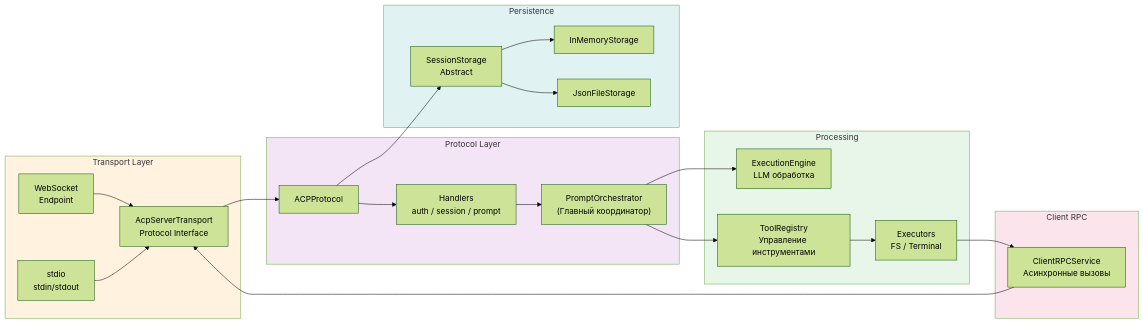
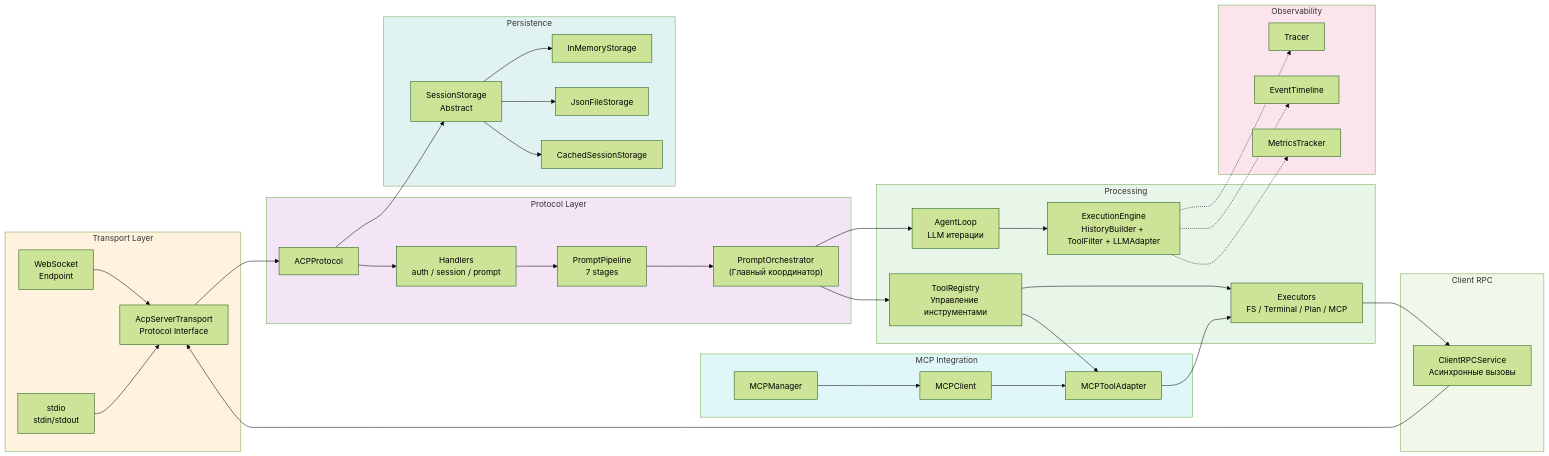
One commit to pese-git/codelab-agent changed the second of 17 diagrams in ARCHITECTURE.md. Above: the diagram before and after it, drawn with Mermaid (forest theme). The commit also changed other lines of this file and 9 other files, not shown here.

````diff
--- a/ARCHITECTURE.md
+++ b/ARCHITECTURE.md
@@ -103,51 +113,79 @@
 ```mermaid
 graph LR
     subgraph Transport["Transport Layer"]
         WS["WebSocket<br/>Endpoint"]
         STDIO["stdio<br/>stdin/stdout"]
         Base["AcpServerTransport<br/>Protocol Interface"]
     end
     
     subgraph Protocol["Protocol Layer"]
         Core["ACPProtocol"]
         Handlers["Handlers<br/>auth / session / prompt"]
+        Pipeline["PromptPipeline<br/>7 stages"]
         PromptOrch["PromptOrchestrator<br/>(Главный координатор)"]
     end
     
     subgraph Processing["Processing"]
-        Agent["ExecutionEngine<br/>LLM обработка"]
+        AgentLoop["AgentLoop<br/>LLM итерации"]
+        Engine["ExecutionEngine<br/>HistoryBuilder + ToolFilter + LLMAdapter"]
         ToolReg["ToolRegistry<br/>Управление инструментами"]
-        Executors["Executors<br/>FS / Terminal"]
+        Executors["Executors<br/>FS / Terminal / Plan / MCP"]
+    end
+    
+    subgraph MCP["MCP Integration"]
+        MCPMgr["MCPManager"]
+        MCPClient["MCPClient"]
+        MCPAdapt["MCPToolAdapter"]
     end
     
     subgraph Persistence["Persistence"]
         SessionStore["SessionStorage<br/>Abstract"]
         InMem["InMemoryStorage"]
         JsonFile["JsonFileStorage"]
+        Cached["CachedSessionStorage"]
+    end
+    
+    subgraph Observability["Observability"]
+        Tracer["Tracer"]
+        Timeline["EventTimeline"]
+        Metrics["MetricsTracker"]
     end
     
     subgraph RPC["Client RPC"]
         ClientRPCService["ClientRPCService<br/>Асинхронные вызовы"]
     end
     
     WS --> Base
     STDIO --> Base
     Base --> Core
     Core --> Handlers
-    Handlers --> PromptOrch
-    PromptOrch --> Agent
+    Handlers --> Pipeline
+    Pipeline --> PromptOrch
+    PromptOrch --> AgentLoop
+    AgentLoop --> Engine
     PromptOrch --> ToolReg
     ToolReg --> Executors
+    ToolReg --> MCPAdapt
+    MCPMgr --> MCPClient
+    MCPClient --> MCPAdapt
+    MCPAdapt --> Executors
     Executors --> ClientRPCService
     ClientRPCService --> Base
     
     Core --> SessionStore
     SessionStore --> InMem
     SessionStore --> JsonFile
+    SessionStore --> Cached
+    
+    Engine -.-> Tracer
+    Engine -.-> Timeline
+    Engine -.-> Metrics
     
     style Transport fill:#fff3e0
     style Protocol fill:#f3e5f5
     style Processing fill:#e8f5e9
+    style MCP fill:#e0f7fa
     style Persistence fill:#e0f2f1
-    style RPC fill:#fce4ec
+    style Observability fill:#fce4ec
+    style RPC fill:#f1f8e9
 ```
````
